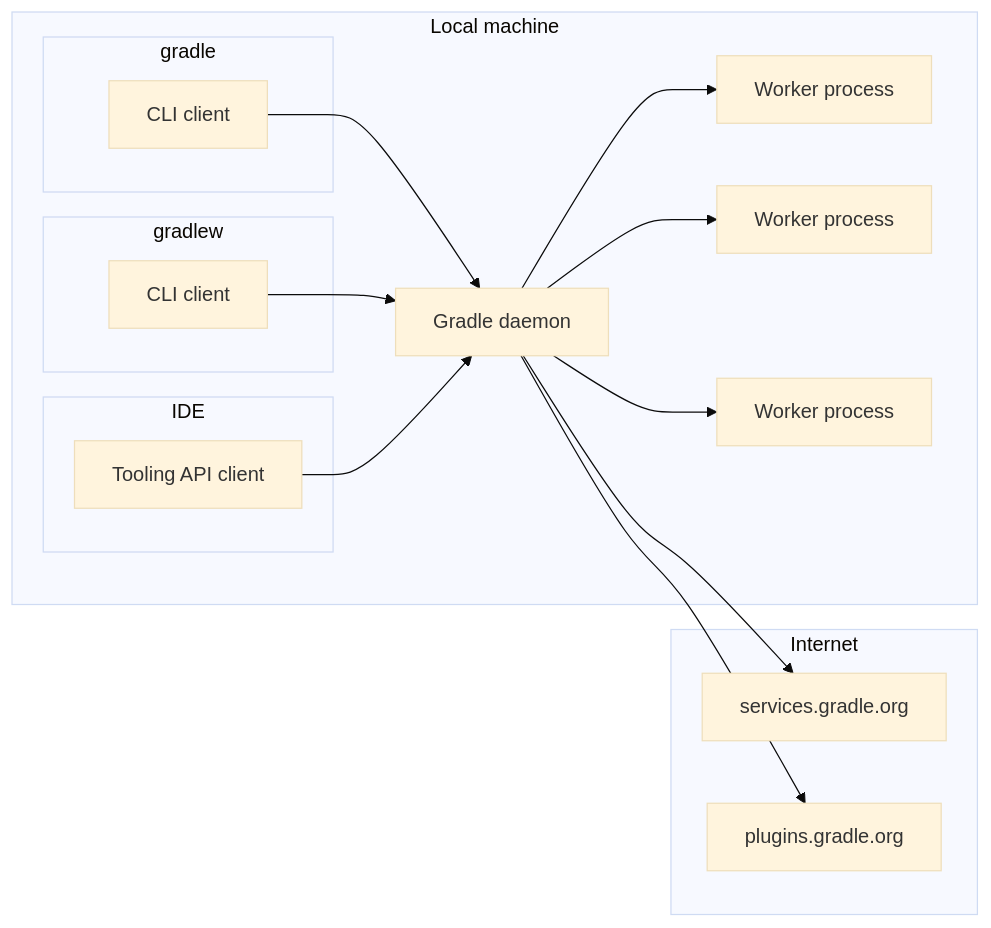
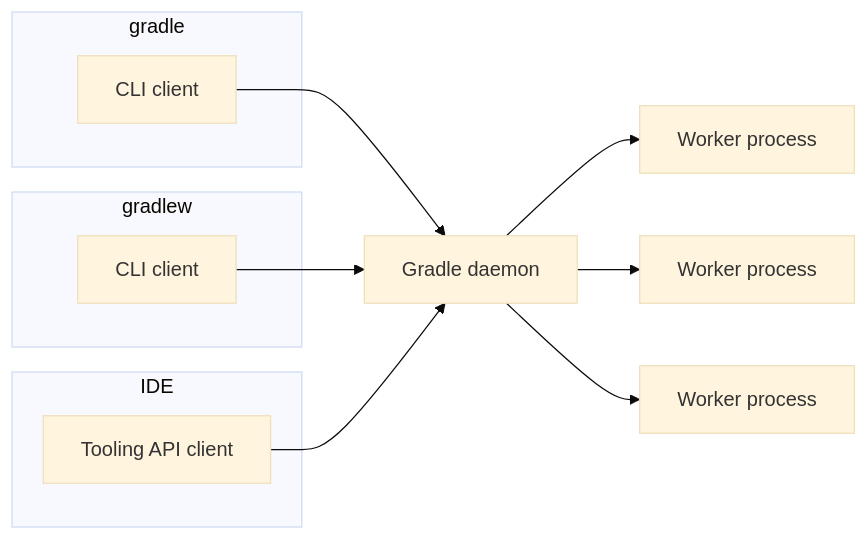
One commit to tianyeeT/gradle changed the diagram in architecture/runtimes.md. Above: the diagram before and after it, drawn with Mermaid (base theme). The commit also changed other lines of this file, not shown here.

Commit message:
tweak to previous.

````diff
--- a/architecture/runtimes.md
+++ b/architecture/runtimes.md
@@ -12,42 +10,30 @@
 ```mermaid
     graph LR
-    
-    subgraph local["Local machine"]
         
         subgraph gradle
             cli["CLI client"]
         end
     
         subgraph gradlew
             cli_gradlew["CLI client"]
         end
     
         subgraph IDE    
             tapi["Tooling API client"]
         end
         
         daemon["Gradle daemon"]
         cli --> daemon
         cli_gradlew --> daemon
         tapi --> daemon
         
         worker["Worker process"]
         daemon --> worker
 
         worker2["Worker process"]
         daemon --> worker2
 
         worker3["Worker process"]
         daemon --> worker3
-        
-    end
-    
-    subgraph Internet
-        services["services.gradle.org"]
-        daemon --> services
-    
-        plugins["plugins.gradle.org"]
-        daemon --> plugins
-    end
     
 ```
````
